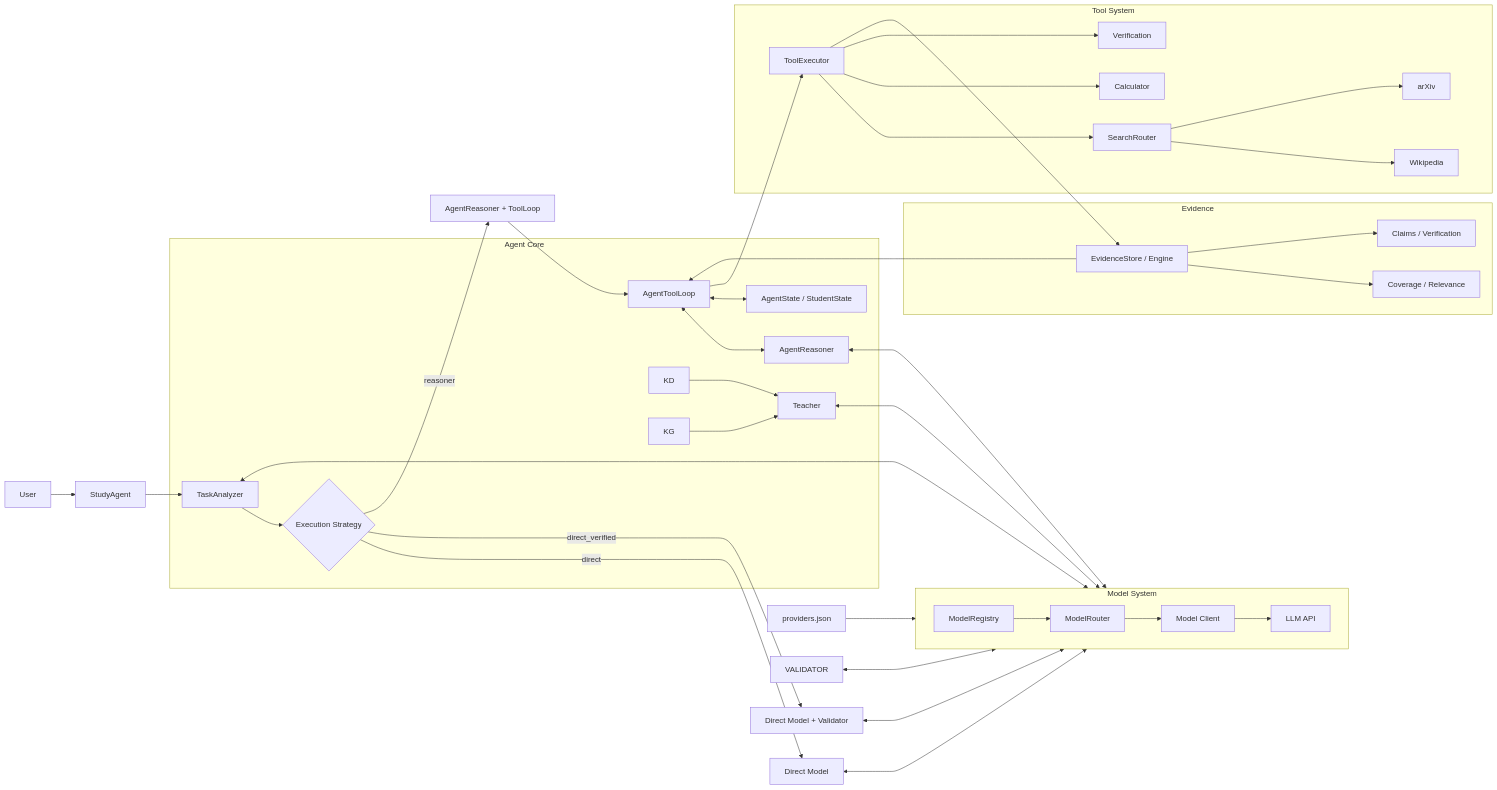
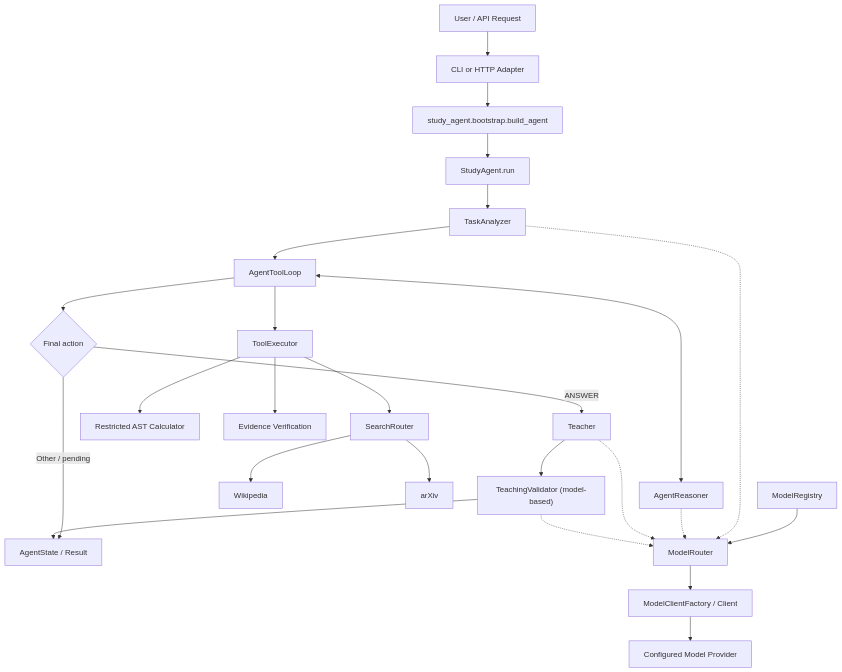
The first of 4 diagrams in README.md (Erdoschn/Study-agent), drawn with Mermaid before and after one commit. The commit also changed other lines of this file, not shown here.

Commit message:
docs: correct execution path architecture diagram

````diff
--- a/README.md
+++ b/README.md
@@ -16,60 +16,28 @@
-```mermaid
-flowchart LR
+~~~mermaid
+flowchart TD
+    USER["User / API Request"] --> ENTRY["CLI or HTTP Adapter"]
+    ENTRY --> COMPOSE["study_agent.bootstrap.build_agent"]
+    COMPOSE --> SA["StudyAgent.run"]
+    SA --> TA["TaskAnalyzer"]
+    TA --> LOOP["AgentToolLoop"]
+    LOOP <--> REASONER["AgentReasoner"]
+    LOOP --> EXECUTOR["ToolExecutor"]
+    EXECUTOR --> SEARCH["SearchRouter"]
+    SEARCH --> WIKI["Wikipedia"]
+    SEARCH --> ARXIV["arXiv"]
+    EXECUTOR --> CALC["Restricted AST Calculator"]
+    EXECUTOR --> VERIFY["Evidence Verification"]
+    LOOP --> ANSWER{"Final action"}
+    ANSWER -->|ANSWER| TEACHER["Teacher"]
+    TEACHER --> VALIDATOR["TeachingValidator (model-based)"]
+    ANSWER -->|Other / pending| STATE["AgentState / Result"]
+    VALIDATOR --> STATE
 
-    USER["User"] --> SA["StudyAgent"]
-    SA --> TA["TaskAnalyzer"]
-    TA --> ROUTE{"Execution Strategy"}
-    ROUTE -->|direct| DIRECT["Direct Model"]
-    ROUTE -->|direct_verified| VERIFIED["Direct Model + Validator"]
-    ROUTE -->|reasoner| REASONER_PATH["AgentReasoner + ToolLoop"]
-    REASONER_PATH --> LOOP["AgentToolLoop"]
-
-    subgraph CORE["Agent Core"]
-        TA
-        ROUTE
-        LOOP <--> REASONER["AgentReasoner"]
-        AS["AgentState / StudentState"]
-        LOOP <--> AS
-        TEACHER["Teacher"]
-        KD --> TEACHER
-        KG --> TEACHER
-    end
-
-    subgraph MODEL["Model System"]
-        direction LR
-        REGISTRY["ModelRegistry"] --> ROUTER["ModelRouter"] --> CLIENT["Model Client"] --> LLM["LLM API"]
-    end
-
-    subgraph EVIDENCE["Evidence"]
-        EVI["EvidenceStore / Engine"]
-        COVERAGE["Coverage / Relevance"]
-        CLAIM["Claims / Verification"]
-        EVI --> COVERAGE
-        EVI --> CLAIM
-    end
-
-    subgraph TOOLS["Tool System"]
-        EXECUTOR["ToolExecutor"]
-        SEARCH["SearchRouter"]
-        WIKI["Wikipedia"]
-        ARXIV["arXiv"]
-        CALC["Calculator"]
-        VERIFY["Verification"]
-        EXECUTOR --> SEARCH
-        SEARCH --> WIKI
-        SEARCH --> ARXIV
-        EXECUTOR --> CALC
-        EXECUTOR --> VERIFY
-    end
-
-    CONFIG["providers.json"] --> MODEL
-    TA <--> MODEL
-    DIRECT <--> MODEL
-    VERIFIED <--> MODEL
-    VALIDATOR <--> MODEL
-    TEACHER <--> MODEL
-    REASONER <--> MODEL
-    LOOP --> EXECUTOR
-    EXECUTOR --> EVI
-    EVI --> LOOP
-```
+    REGISTRY["ModelRegistry"] --> ROUTER["ModelRouter"]
+    ROUTER --> CLIENT["ModelClientFactory / Client"]
+    CLIENT --> LLM["Configured Model Provider"]
+    TA -.-> ROUTER
+    REASONER -.-> ROUTER
+    TEACHER -.-> ROUTER
+    VALIDATOR -.-> ROUTER
+~~~
````
